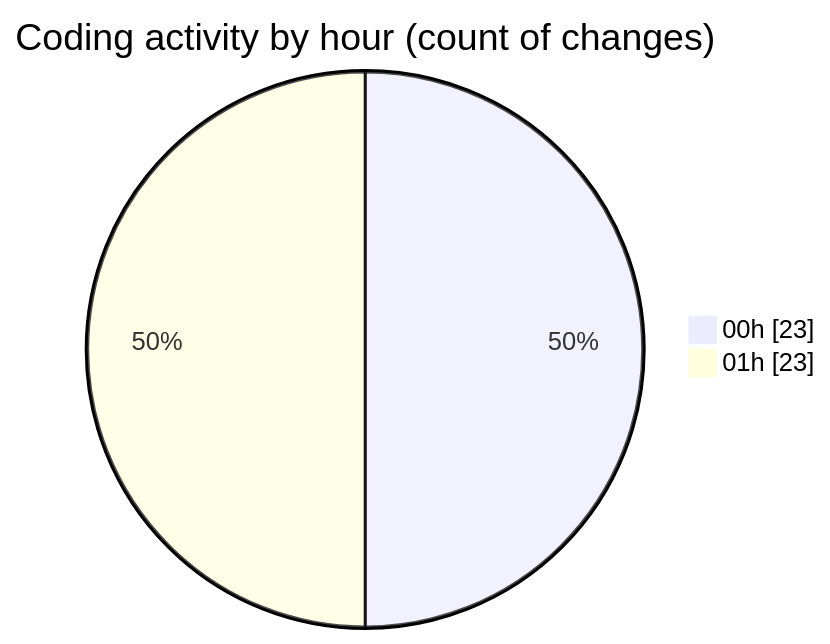
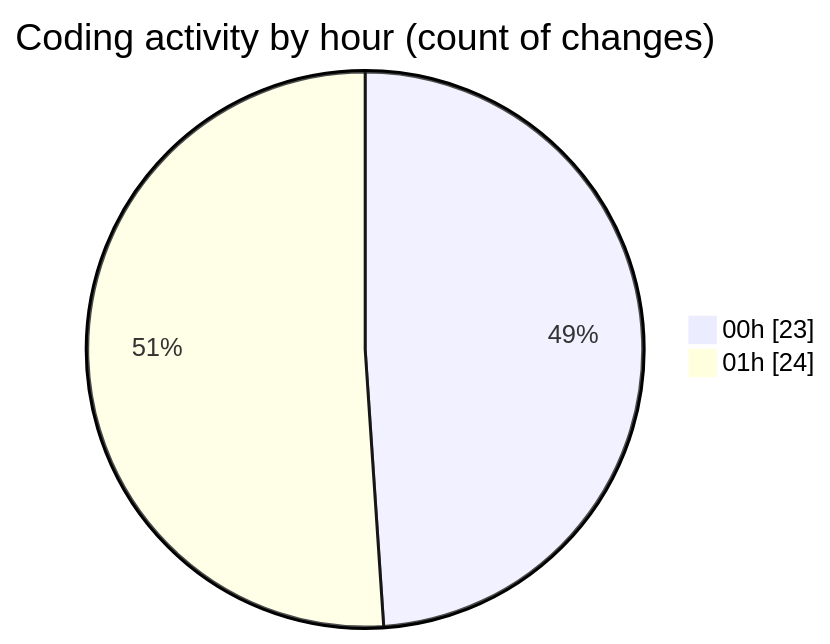
The second of 2 diagrams in 2025-10-20/weather_insights_app/README.md (donsfak/code-tracking), drawn with Mermaid before and after one commit. The commit also changed other lines of this file and 1 other file, not shown here.

````diff
--- a/2025-10-20/weather_insights_app/README.md
+++ b/2025-10-20/weather_insights_app/README.md
@@ -39,6 +39,6 @@
 ```mermaid
 pie showData
 title Coding activity by hour (count of changes)
 "00h" : 23
-"01h" : 23
+"01h" : 24
 ```
````
